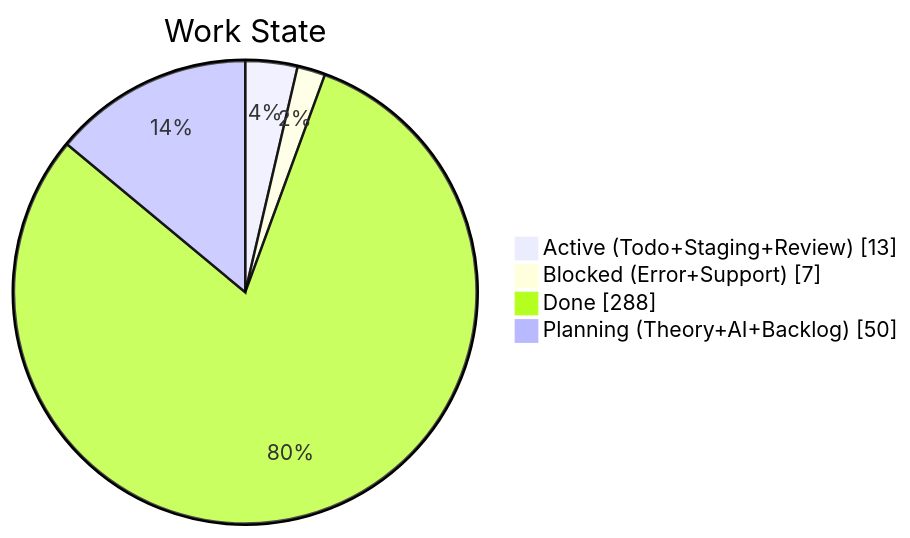
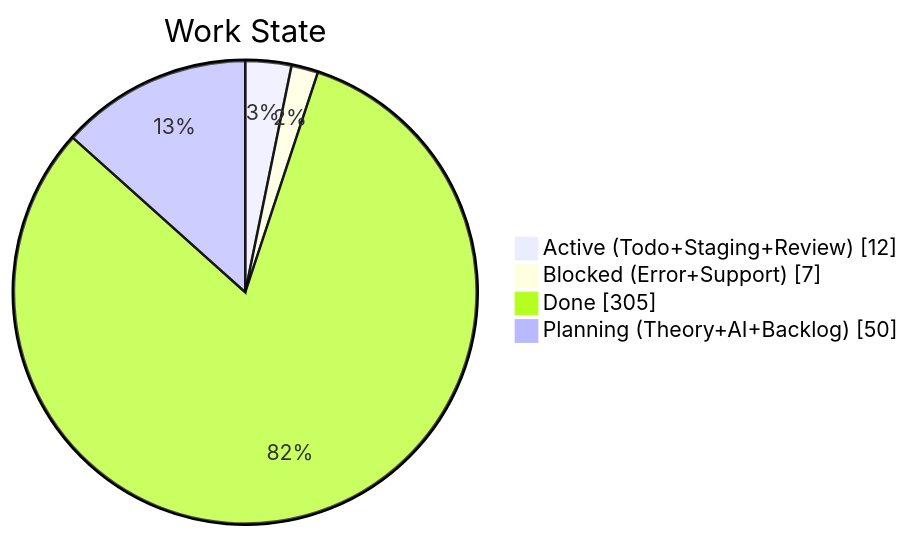
Before and after one commit to KBVE/kbve: the second of 4 diagrams in apps/kbve/astro-kbve/src/content/docs/dashboard/kanban-data.mdx, drawn with Mermaid. The commit also changed other lines of this file and 8 other files, not shown here.

````diff
--- a/apps/kbve/astro-kbve/src/content/docs/dashboard/kanban-data.mdx
+++ b/apps/kbve/astro-kbve/src/content/docs/dashboard/kanban-data.mdx
@@ -68,8 +68,8 @@
 ```mermaid
 pie showData
     title Work State
-    "Active (Todo+Staging+Review)" : 13
+    "Active (Todo+Staging+Review)" : 12
     "Blocked (Error+Support)" : 7
-    "Done" : 288
+    "Done" : 305
     "Planning (Theory+AI+Backlog)" : 50
 ```
````
